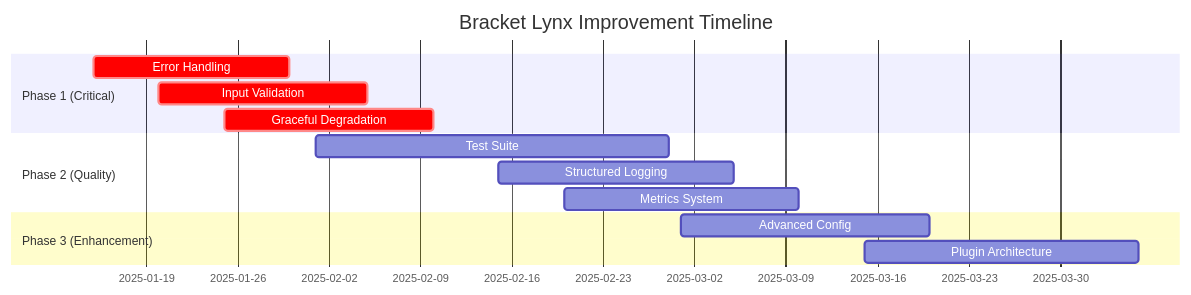
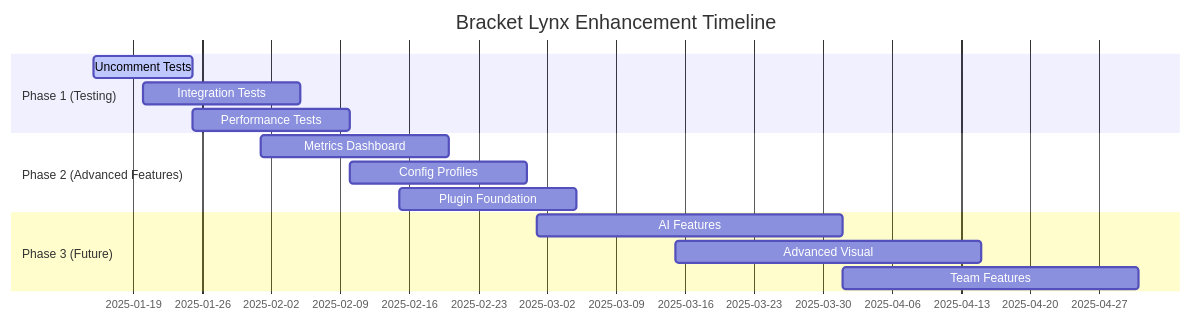
The diagram in src/__test__/test-v0.7.0.md (bastndev/Bracket-Lynx), drawn with Mermaid before and after one commit. The commit also changed other lines of this file, not shown here.

````diff
--- a/src/__test__/test-v0.7.0.md
+++ b/src/__test__/test-v0.7.0.md
@@ -438,18 +584,19 @@
 ```mermaid
 gantt
-    title Bracket Lynx Improvement Timeline
+    title Bracket Lynx Enhancement Timeline
     dateFormat  YYYY-MM-DD
-    section Phase 1 (Critical)
-    Error Handling     :crit, 2025-01-15, 2025-01-30
-    Input Validation   :crit, 2025-01-20, 2025-02-05
-    Graceful Degradation :crit, 2025-01-25, 2025-02-10
-    
-    section Phase 2 (Quality)
-    Test Suite         :2025-02-01, 2025-02-28
-    Structured Logging :2025-02-15, 2025-03-05
-    Metrics System     :2025-02-20, 2025-03-10
-    
-    section Phase 3 (Enhancement)
-    Advanced Config    :2025-03-01, 2025-03-20
-    Plugin Architecture :2025-03-15, 2025-04-05
+    section Phase 1 (Testing)
+    Uncomment Tests    :active, 2025-01-15, 2025-01-25
+    Integration Tests  :2025-01-20, 2025-02-05
+    Performance Tests  :2025-01-25, 2025-02-10
+
+    section Phase 2 (Advanced Features)
+    Metrics Dashboard  :2025-02-01, 2025-02-20
+    Config Profiles    :2025-02-10, 2025-02-28
+    Plugin Foundation  :2025-02-15, 2025-03-05
+
+    section Phase 3 (Future)
+    AI Features        :2025-03-01, 2025-04-01
+    Advanced Visual    :2025-03-15, 2025-04-15
+    Team Features      :2025-04-01, 2025-05-01
 ```
````
